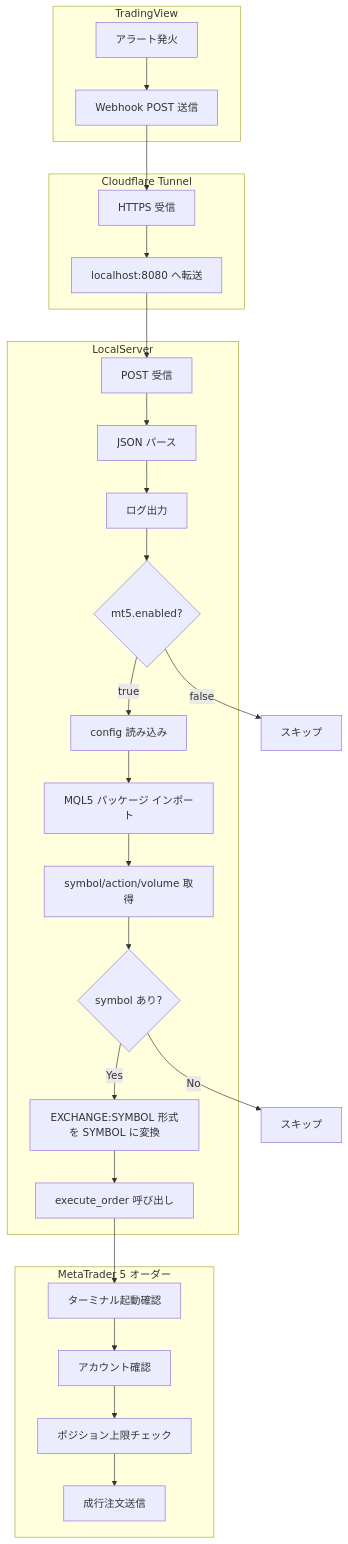
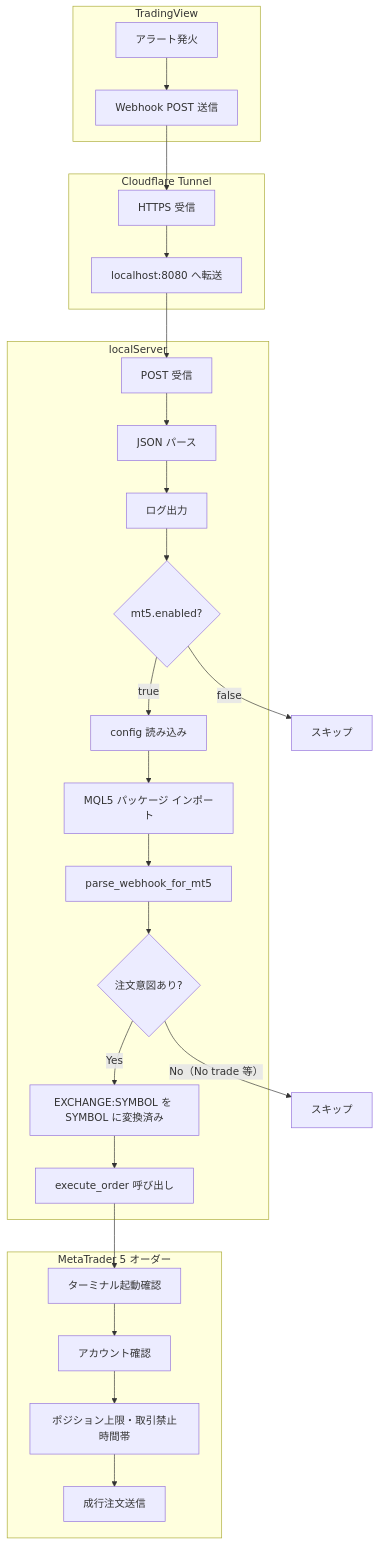
Before and after one commit to PJ-Akame/TV2MT5-Bridge: the diagram in README.md, drawn with Mermaid. The commit also changed other lines of this file and 18 other files, not shown here.

````diff
--- a/README.md
+++ b/README.md
@@ -19,52 +26,52 @@
 ```mermaid
 flowchart TB
     subgraph TV["TradingView"]
         A[アラート発火]
         B[Webhook POST 送信]
     end
 
     subgraph CF["Cloudflare Tunnel"]
         C[HTTPS 受信]
         D[localhost:8080 へ転送]
     end
 
-    subgraph LS["LocalServer"]
+    subgraph LS["localServer"]
         E[POST 受信]
         F[JSON パース]
         G[ログ出力]
         H{mt5.enabled?}
         I[config 読み込み]
         J[MQL5 パッケージ インポート]
-        K[symbol/action/volume 取得]
-        L{symbol あり?}
-        M[EXCHANGE:SYMBOL 形式を SYMBOL に変換]
+        K[parse_webhook_for_mt5]
+        L{注文意図あり?}
+        M[EXCHANGE:SYMBOL を SYMBOL に変換済み]
         N[execute_order 呼び出し]
     end
 
     subgraph MQL5Bridge["MetaTrader 5 オーダー"]
         O[ターミナル起動確認]
         P[アカウント確認]
-        Q[ポジション上限チェック]
+        Q[ポジション上限・取引禁止時間帯]
         R[成行注文送信]
     end
 
     A --> B
     B --> C
     C --> D
     D --> E
     E --> F
     F --> G
     G --> H
     H -->|true| I
     H -->|false| S[スキップ]
     I --> J
     J --> K
     K --> L
-    L -->|No| T[スキップ]
+    L -->|No（No trade 等）| T[スキップ]
     L -->|Yes| M
     M --> N
     N --> O
     O --> P
     P --> Q
     Q --> R
 ```
````
